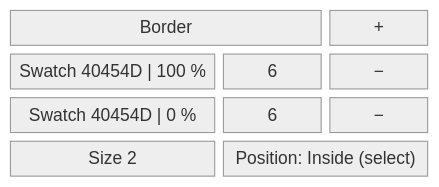
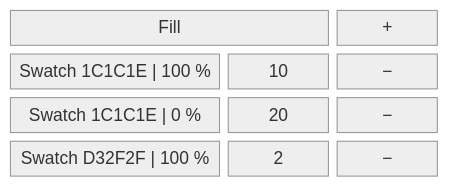
Before and after one commit to AlexandreGallais/synoptic-studio-spec: the diagram in controls/segment-list.md, drawn with Mermaid (neutral theme). The commit also changed other lines of this file and 32 other files, not shown here.

````diff
--- a/controls/segment-list.md
+++ b/controls/segment-list.md
@@ -19,8 +20,8 @@
 ```mermaid
 block-beta
     columns 4
-    t["Border"]:3 add["+"]
-    c1["Swatch 40454D | 100 %"]:2 l1["6"] r1["−"]
-    c2["Swatch 40454D | 0 %"]:2 l2["6"] r2["−"]
-    s["Size 2"]:2 p["Position: Inside (select)"]:2
+    t["Fill"]:3 add["+"]
+    c1["Swatch 1C1C1E | 100 %"]:2 l1["10"] r1["−"]
+    c2["Swatch 1C1C1E | 0 %"]:2 l2["20"] r2["−"]
+    c3["Swatch D32F2F | 100 %"]:2 l3["2"] r3["−"]
 ```
````
